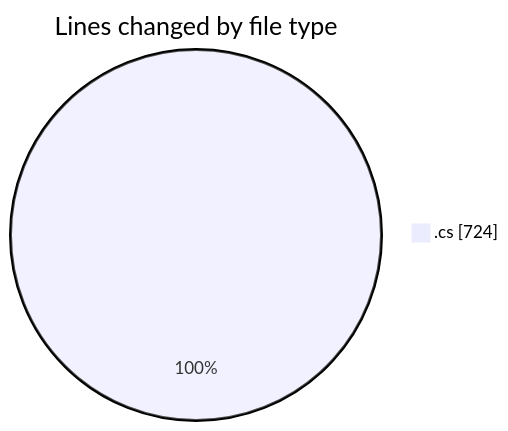
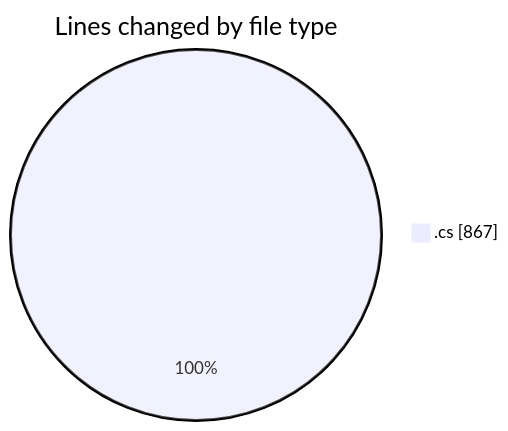
Before and after one commit to Netris89/code-tracking: the first of 2 diagrams in 2025-04-03/back-end/README.md, drawn with Mermaid. The commit also changed other lines of this file and 1 other file, not shown here.

````diff
--- a/2025-04-03/back-end/README.md
+++ b/2025-04-03/back-end/README.md
@@ -22,5 +22,5 @@
 ```mermaid
 pie showData
 title Lines changed by file type
-".cs" : 724
+".cs" : 867
 ```
````
